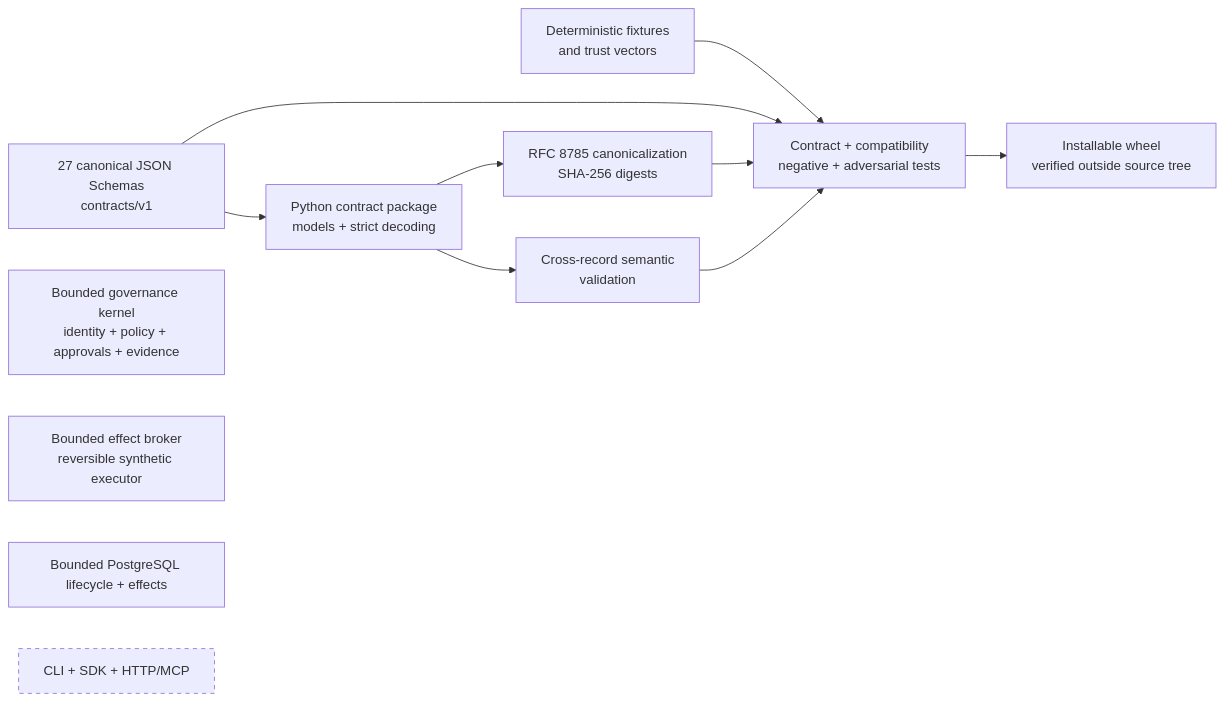
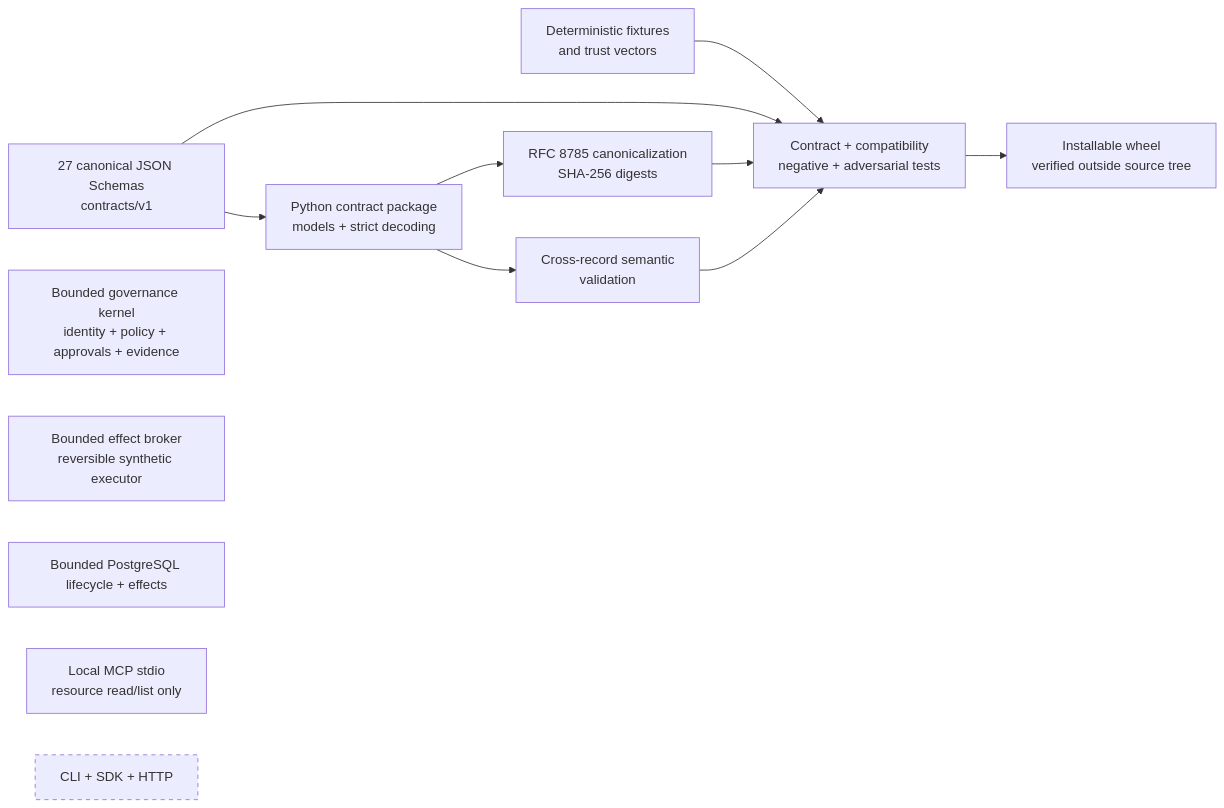
One commit to lamenting-hawthorn/governed-agent-harness changed the first of 3 diagrams in README.md. Above: the diagram before and after it, drawn with Mermaid. The commit also changed other lines of this file and 12 other files, not shown here.

Commit message:
feat: add local read-only MCP knowledge adapter

````diff
--- a/README.md
+++ b/README.md
@@ -66,18 +70,19 @@
 ```mermaid
 flowchart LR
   Schemas["27 canonical JSON Schemas\ncontracts/v1"] --> Package["Python contract package\nmodels + strict decoding"]
   Package --> Canonical["RFC 8785 canonicalization\nSHA-256 digests"]
   Package --> Semantic["Cross-record semantic\nvalidation"]
   Fixtures["Deterministic fixtures\nand trust vectors"] --> Tests["Contract + compatibility\nnegative + adversarial tests"]
   Schemas --> Tests
   Canonical --> Tests
   Semantic --> Tests
   Tests --> Wheel["Installable wheel\nverified outside source tree"]
 
   Kernel["Bounded governance kernel\nidentity + policy + approvals + evidence"]
   Effects["Bounded effect broker\nreversible synthetic executor"]
   Storage["Bounded PostgreSQL lifecycle + effects"]
-  Surfaces["CLI + SDK + HTTP/MCP"]:::planned
+  LocalMcp["Local MCP stdio\nresource read/list only"]
+  Surfaces["CLI + SDK + HTTP"]:::planned
 
   classDef planned stroke-dasharray:5 5
 ```
````
